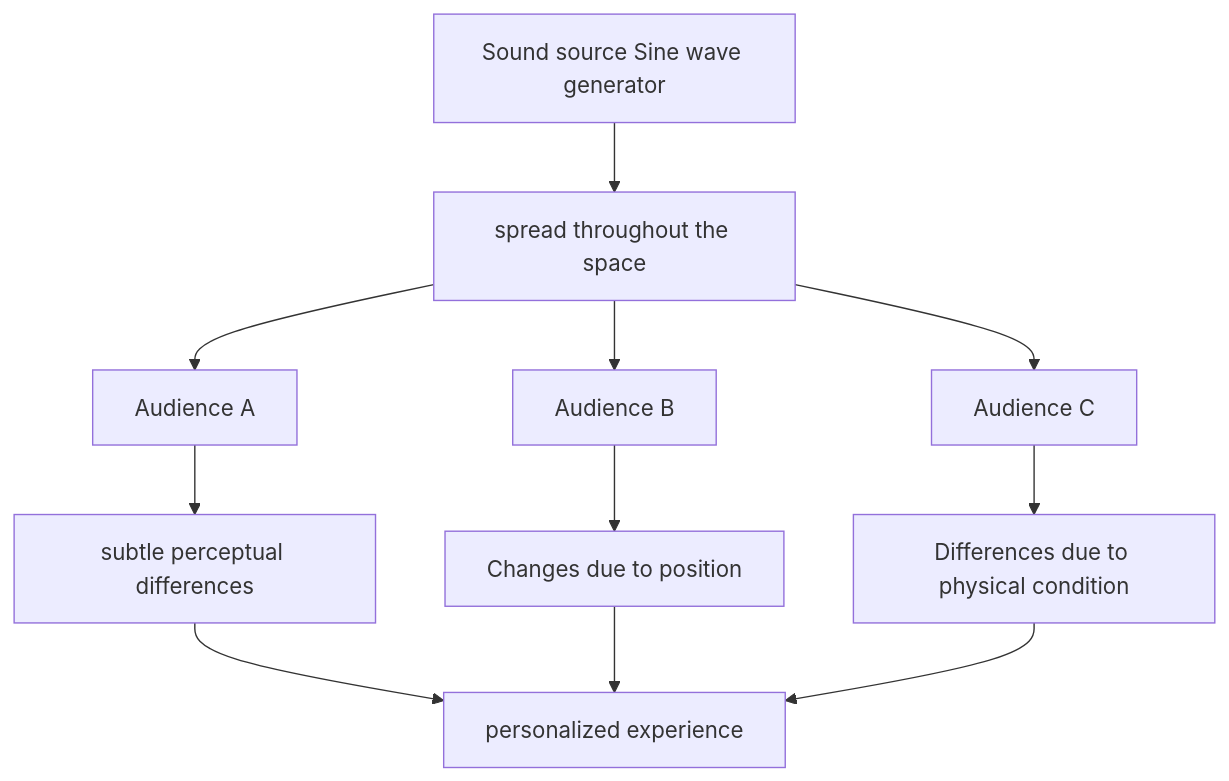
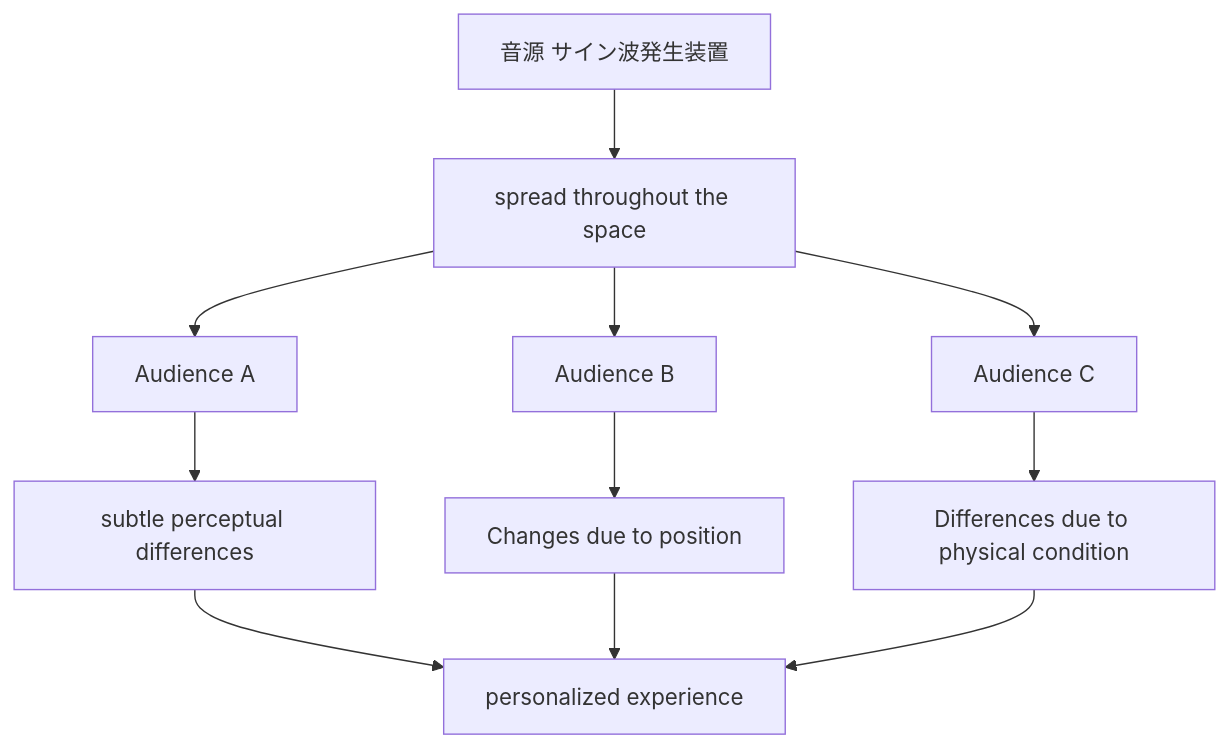
The second of 11 diagrams in en/_posts/2026-04-18-column-sachiko-m.md (monumental-movement/monumental-movement.github.io), drawn with Mermaid before and after one commit. The commit also changed other lines of this file and 445 other files, not shown here.

```diff
--- a/en/_posts/2026-04-18-column-sachiko-m.md
+++ b/en/_posts/2026-04-18-column-sachiko-m.md
@@ -234,13 +234,13 @@
 <div class="mermaid">
 flowchart TB
-    A[Sound source Sine wave generator] --> B[spread throughout the space]
+    A[音源 サイン波発生装置] --> B[spread throughout the space]
     B --> C1[Audience A]
     B --> C2[Audience B]
     B --> C3[Audience C]
     C1 --> D1[subtle perceptual differences]
     C2 --> D2[Changes due to position]
     C3 --> D3[Differences due to physical condition]
     D1 --> E[personalized experience]
     D2 --> E
     D3 --> E
 </div>
```
